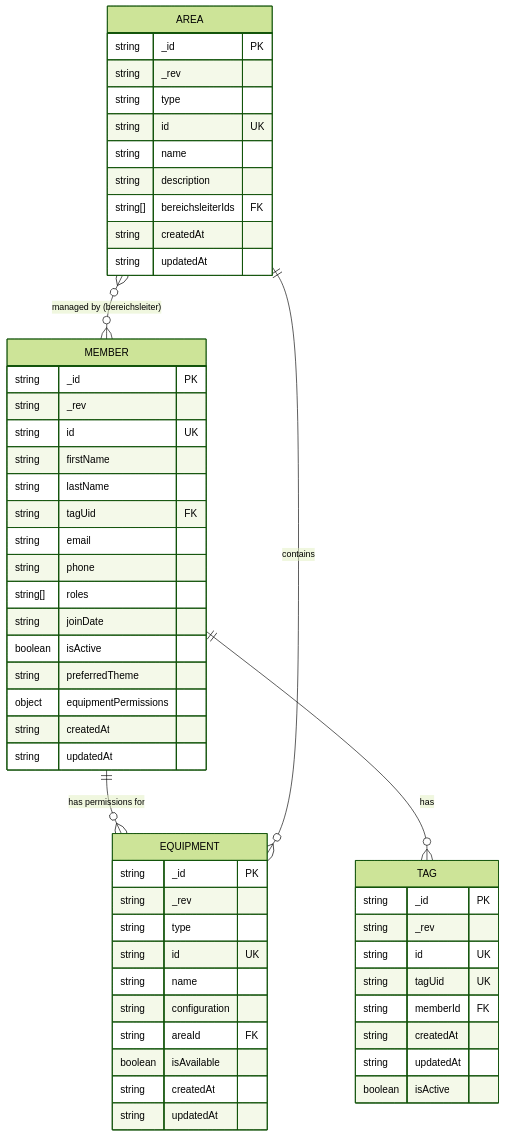
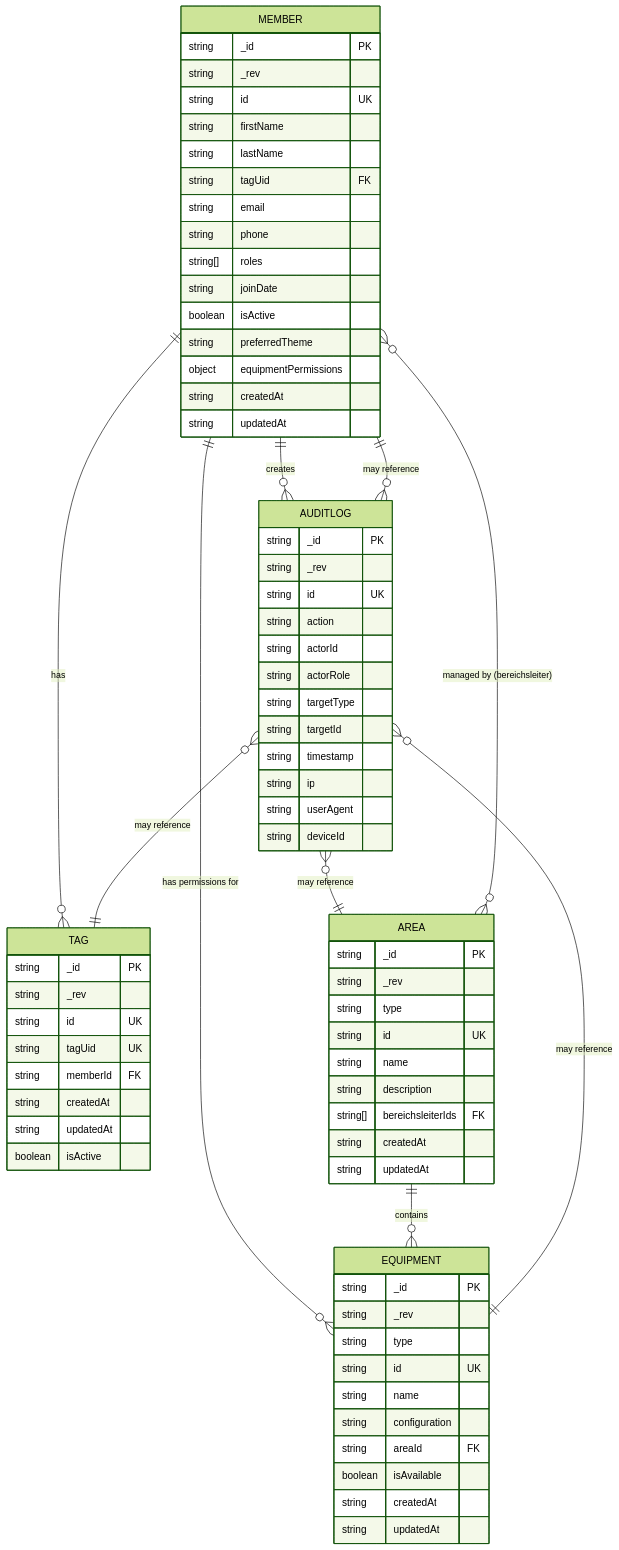
The diagram in docs/db-diagram.md (RoninRage/mks-control), drawn with Mermaid (forest theme) before and after one commit. The commit also changed other lines of this file and 11 other files, not shown here.

Commit message:
feat: implement audit logging system; add audit log model, routes, and cleanup functionality; update database diagram

````diff
--- a/docs/db-diagram.md
+++ b/docs/db-diagram.md
@@ -5,61 +5,81 @@
 ```mermaid
 erDiagram
     MEMBER {
         string _id PK
         string _rev
         string id UK
         string firstName
         string lastName
         string tagUid FK
         string email
         string phone
         string[] roles
         string joinDate
         boolean isActive
         string preferredTheme
         object equipmentPermissions
         string createdAt
         string updatedAt
     }
 
     TAG {
         string _id PK
         string _rev
         string id UK
         string tagUid UK
         string memberId FK
         string createdAt
         string updatedAt
         boolean isActive
     }
 
     EQUIPMENT {
         string _id PK
         string _rev
         string type
         string id UK
         string name
         string configuration
         string areaId FK
         boolean isAvailable
         string createdAt
         string updatedAt
     }
 
     AREA {
         string _id PK
         string _rev
         string type
         string id UK
         string name
         string description
         string[] bereichsleiterIds FK
         string createdAt
         string updatedAt
     }
 
+    AUDITLOG {
+        string _id PK
+        string _rev
+        string id UK
+        string action
+        string actorId
+        string actorRole
+        string targetType
+        string targetId
+        string timestamp
+        string ip
+        string userAgent
+        string deviceId
+    }
+
     MEMBER ||--o{ TAG : "has"
     MEMBER ||--o{ EQUIPMENT : "has permissions for"
     AREA ||--o{ EQUIPMENT : "contains"
     AREA }o--o{ MEMBER : "managed by (bereichsleiter)"
+    MEMBER ||--o{ AUDITLOG : "creates"
+    AUDITLOG }o--|| MEMBER : "may reference"
+    AUDITLOG }o--|| EQUIPMENT : "may reference"
+    AUDITLOG }o--|| TAG : "may reference"
+    AUDITLOG }o--|| AREA : "may reference"
 ```
````
